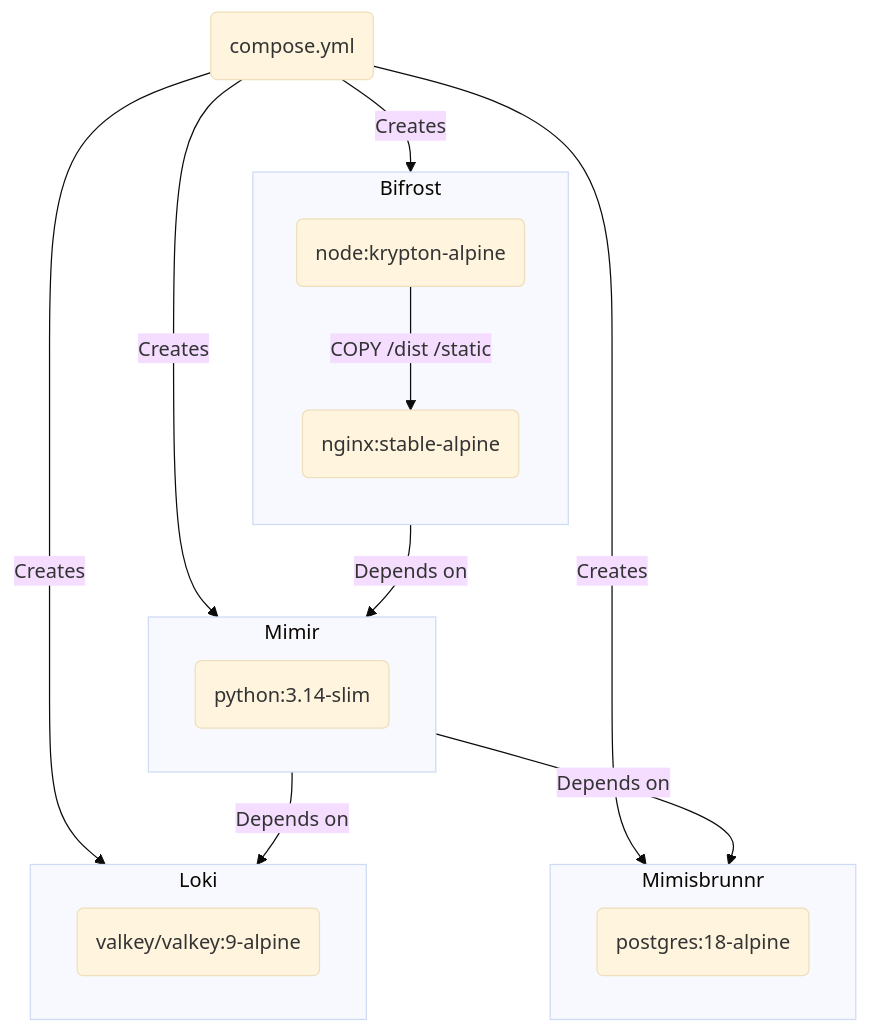
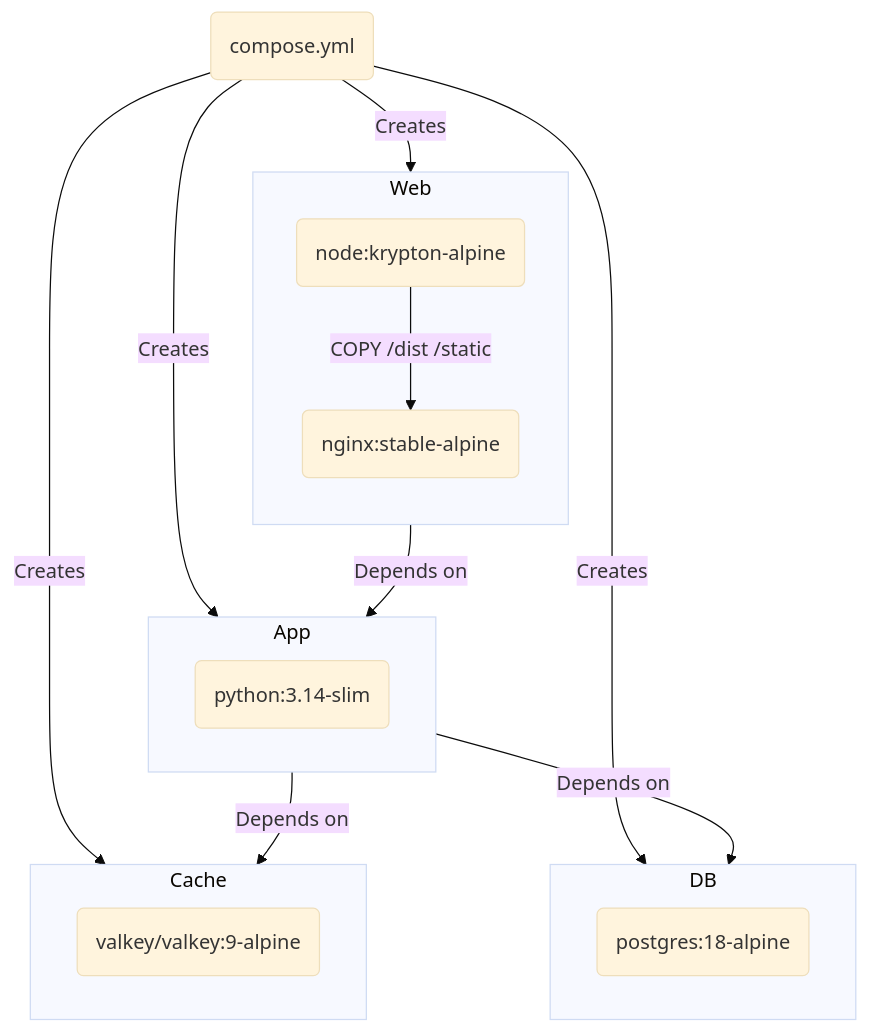
One commit to matthew-shaw/conflux changed the first of 3 diagrams in README.md. Above: the diagram before and after it, drawn with Mermaid (base theme). The commit also changed other lines of this file and 16 other files, not shown here.

````diff
--- a/README.md
+++ b/README.md
@@ -78,30 +76,30 @@
 ```mermaid
 flowchart TB
     compose(compose.yml)
     nginx(nginx:stable-alpine)
     node(node:krypton-alpine)
     postgres(postgres:18-alpine)
     python(python:3.14-slim)
     valkey(valkey/valkey:9-alpine)
 
-    compose -- Creates --> Mimir & Loki & Bifrost & Mimisbrunnr
-    Mimir -- Depends on --> Loki & Mimisbrunnr
-    Bifrost -- Depends on --> Mimir
+    compose -- Creates --> App & Cache & Web & DB
+    App -- Depends on --> Cache & DB
+    Web -- Depends on --> App
 
-    subgraph Bifrost
+    subgraph Web
         direction TB
         node -- COPY /dist /static --> nginx
     end
 
-    subgraph Mimir
+    subgraph App
         python
     end
 
-    subgraph Mimisbrunnr
+    subgraph DB
         postgres
     end
 
-    subgraph Loki
+    subgraph Cache
         valkey
     end
 ```
````
